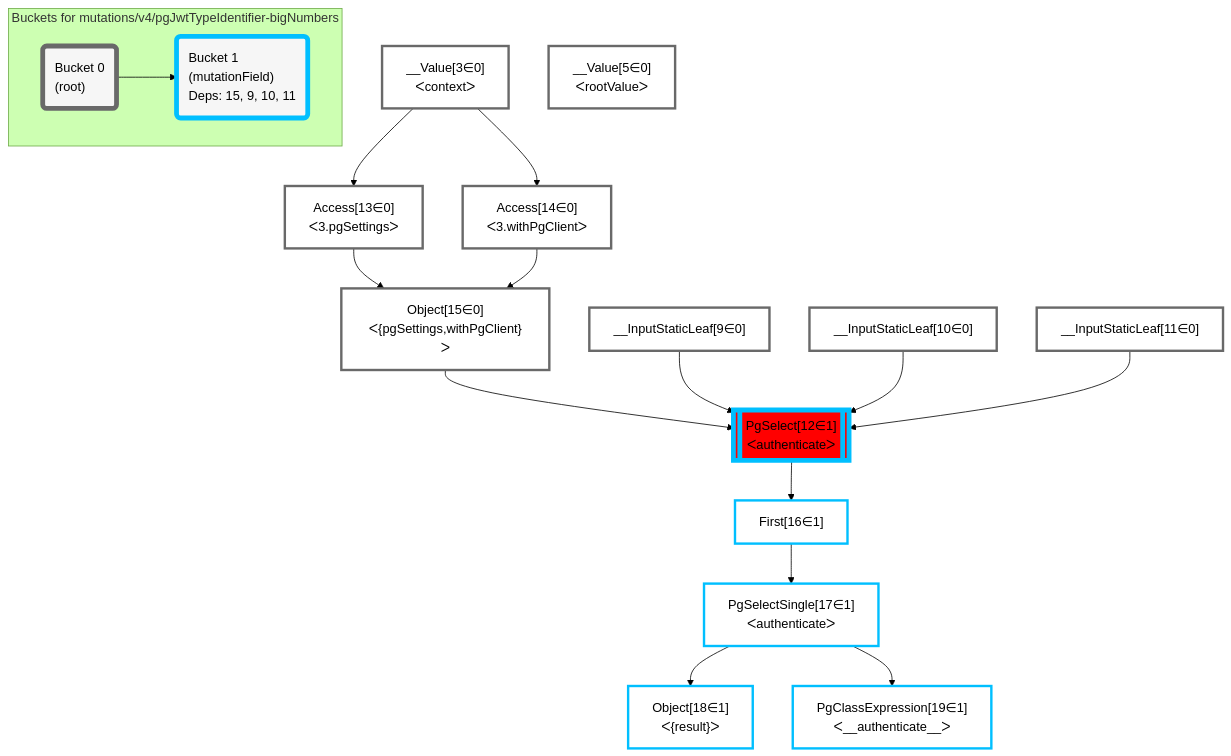
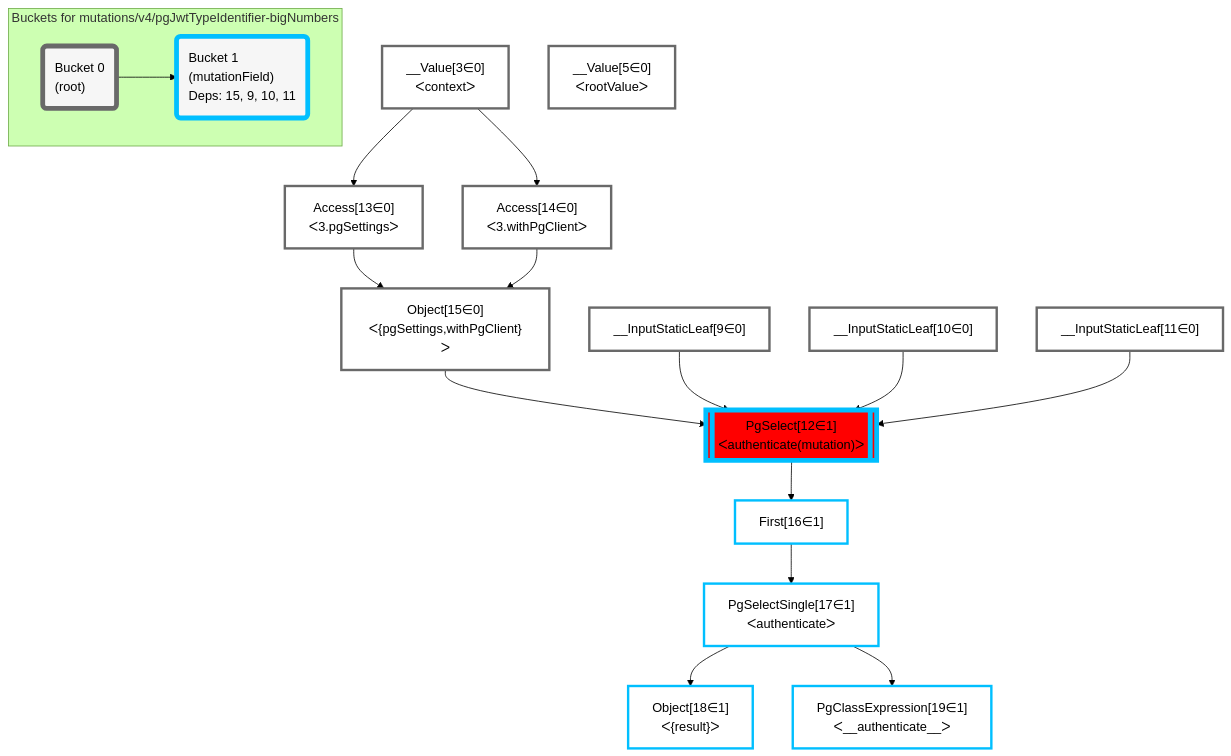
Before and after one commit to graphile/crystal: the diagram in packages/postgraphile/__tests__/mutations/v4/pgJwtTypeIdentifier-bigNumbers.mermaid, drawn with Mermaid (forest theme). The commit also changed 18 other files, not shown here.

Commit message:
Update mermaid snapshots

```diff
--- a/packages/postgraphile/__tests__/mutations/v4/pgJwtTypeIdentifier-bigNumbers.mermaid
+++ b/packages/postgraphile/__tests__/mutations/v4/pgJwtTypeIdentifier-bigNumbers.mermaid
@@ -1,44 +1,44 @@
 graph TD
     classDef path fill:#eee,stroke:#000,color:#000
     classDef plan fill:#fff,stroke-width:3px,color:#000
     classDef itemplan fill:#fff,stroke-width:6px,color:#000
     classDef sideeffectplan fill:#f00,stroke-width:6px,color:#000
     classDef bucket fill:#f6f6f6,color:#000,stroke-width:6px,text-align:left
 
 
     %% define steps
     __Value3["__Value[3∈0]<br />ᐸcontextᐳ"]:::plan
     __Value5["__Value[5∈0]<br />ᐸrootValueᐳ"]:::plan
     __InputStaticLeaf9["__InputStaticLeaf[9∈0]"]:::plan
     __InputStaticLeaf10["__InputStaticLeaf[10∈0]"]:::plan
     __InputStaticLeaf11["__InputStaticLeaf[11∈0]"]:::plan
     Access13["Access[13∈0]<br />ᐸ3.pgSettingsᐳ"]:::plan
     Access14["Access[14∈0]<br />ᐸ3.withPgClientᐳ"]:::plan
     Object15["Object[15∈0]<br />ᐸ{pgSettings,withPgClient}ᐳ"]:::plan
-    PgSelect12[["PgSelect[12∈1]<br />ᐸauthenticateᐳ"]]:::sideeffectplan
+    PgSelect12[["PgSelect[12∈1]<br />ᐸauthenticate(mutation)ᐳ"]]:::sideeffectplan
     First16["First[16∈1]"]:::plan
     PgSelectSingle17["PgSelectSingle[17∈1]<br />ᐸauthenticateᐳ"]:::plan
     Object18["Object[18∈1]<br />ᐸ{result}ᐳ"]:::plan
     PgClassExpression19["PgClassExpression[19∈1]<br />ᐸ__authenticate__ᐳ"]:::plan
 
     %% plan dependencies
     __Value3 --> Access13
     __Value3 --> Access14
     Access13 & Access14 --> Object15
     Object15 & __InputStaticLeaf9 & __InputStaticLeaf10 & __InputStaticLeaf11 --> PgSelect12
     PgSelect12 --> First16
     First16 --> PgSelectSingle17
     PgSelectSingle17 --> Object18
     PgSelectSingle17 --> PgClassExpression19
 
     %% plan-to-path relationships
 
     subgraph "Buckets for mutations/v4/pgJwtTypeIdentifier-bigNumbers"
     Bucket0("Bucket 0<br />(root)"):::bucket
     classDef bucket0 stroke:#696969
     class Bucket0,__Value3,__Value5,__InputStaticLeaf9,__InputStaticLeaf10,__InputStaticLeaf11,Access13,Access14,Object15 bucket0
     Bucket1("Bucket 1<br />(mutationField)<br />Deps: 15, 9, 10, 11"):::bucket
     classDef bucket1 stroke:#00bfff
     class Bucket1,PgSelect12,First16,PgSelectSingle17,Object18,PgClassExpression19 bucket1
     Bucket0 --> Bucket1
     end
```
